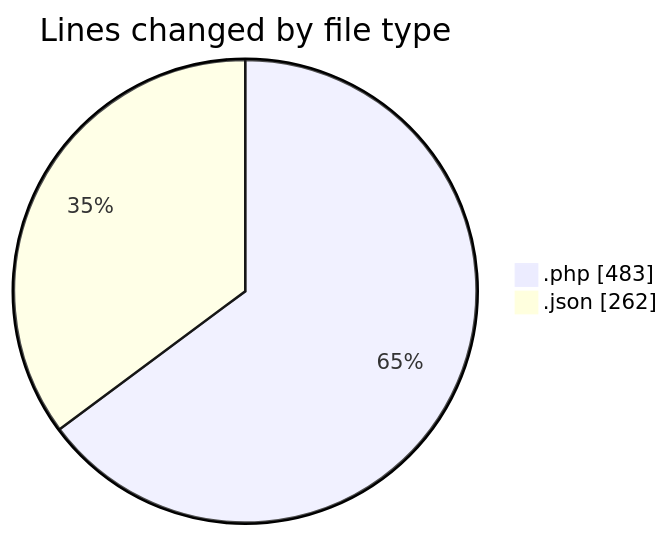
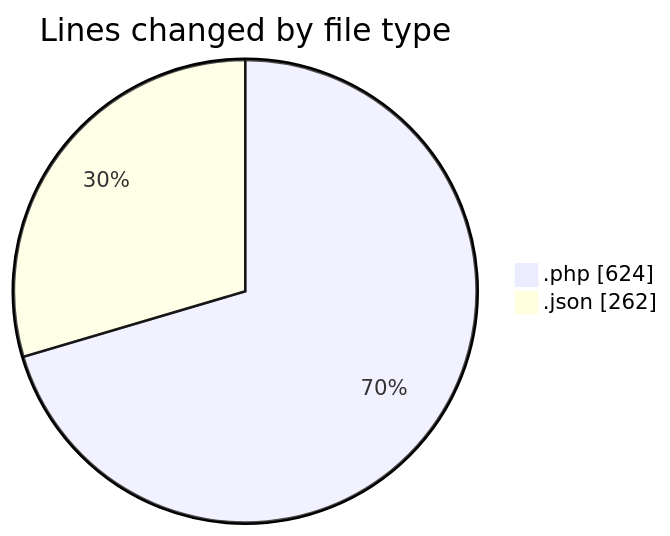
The first of 2 diagrams in 2025-11-01/futsal_rekomendasi/README.md (idhammustaqopulfikri/code-tracking), drawn with Mermaid before and after one commit. The commit also changed other lines of this file and 1 other file, not shown here.

````diff
--- a/2025-11-01/futsal_rekomendasi/README.md
+++ b/2025-11-01/futsal_rekomendasi/README.md
@@ -30,6 +31,6 @@
 ```mermaid
 pie showData
 title Lines changed by file type
-".php" : 483
+".php" : 624
 ".json" : 262
 ```
````
